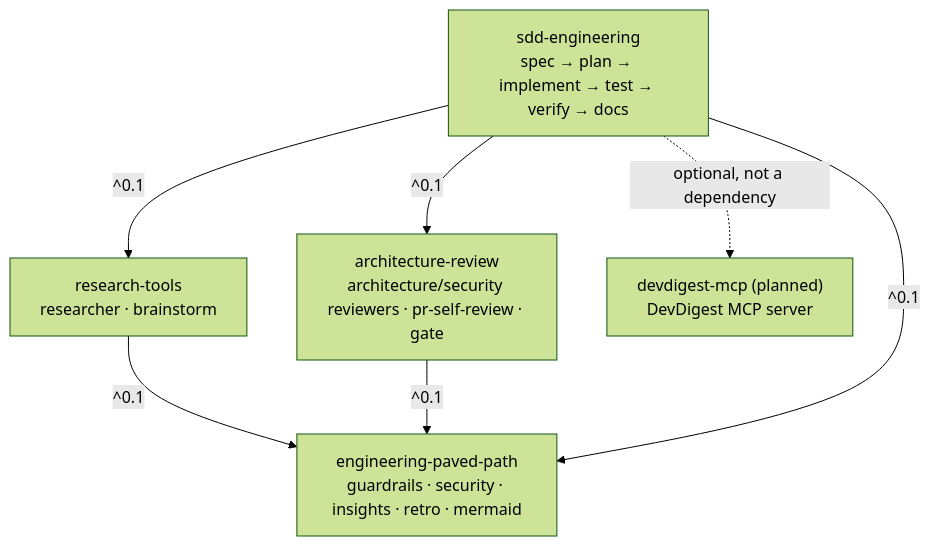
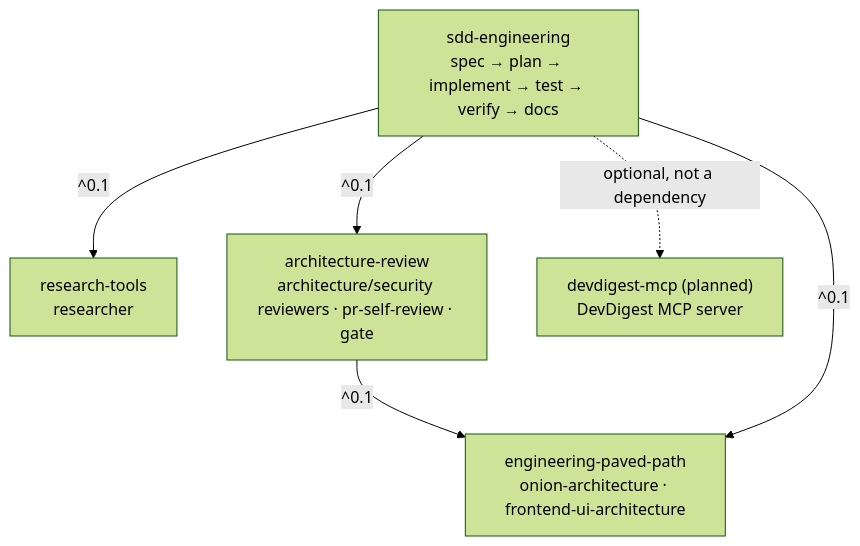
One commit to lindigo-design/devdigest-marketplace changed the diagram in README.md. Above: the diagram before and after it, drawn with Mermaid (forest theme). The commit also changed other lines of this file and 10 other files, not shown here.

First line of the commit message:
feat(research-tools): generalized read-only researcher agent, no dependencies (PR-2, 0.1.1)

````diff
--- a/README.md
+++ b/README.md
@@ -57,15 +57,14 @@
 ```mermaid
 graph TD
-    EPP["engineering-paved-path<br/>guardrails · security · insights · retro · mermaid"]
-    RT["research-tools<br/>researcher · brainstorm"]
+    EPP["engineering-paved-path<br/>onion-architecture · frontend-ui-architecture"]
+    RT["research-tools<br/>researcher"]
     AR["architecture-review<br/>architecture/security reviewers · pr-self-review · gate"]
     SDD["sdd-engineering<br/>spec → plan → implement → test → verify → docs"]
     MCP["devdigest-mcp (planned)<br/>DevDigest MCP server"]
 
-    RT -->|"^0.1"| EPP
     AR -->|"^0.1"| EPP
     SDD -->|"^0.1"| EPP
     SDD -->|"^0.1"| RT
     SDD -->|"^0.1"| AR
     SDD -.->|"optional, not a dependency"| MCP
 ```
````
